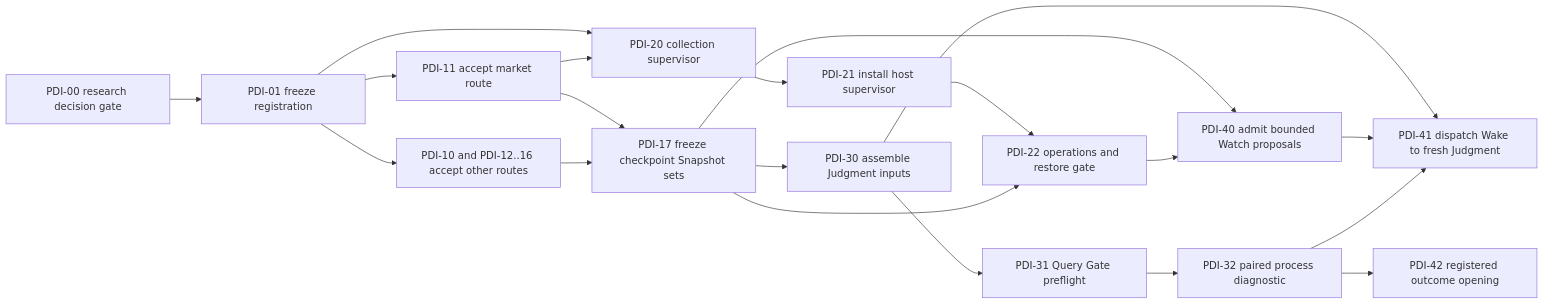
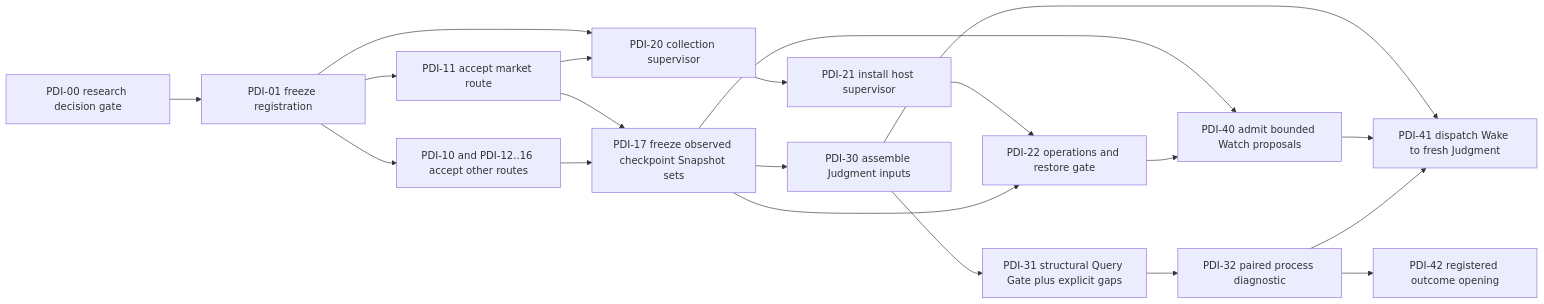
One commit to LemonCANDY42/market-impact-agent changed the third of 3 diagrams in docs/DATA_PLATFORM_PLAN.md. Above: the diagram before and after it, drawn with Mermaid. The commit also changed other lines of this file and 29 other files, not shown here.

Commit message:
feat: add partial prospective query gate

````diff
--- a/docs/DATA_PLATFORM_PLAN.md
+++ b/docs/DATA_PLATFORM_PLAN.md
@@ -423,22 +425,22 @@
 ```mermaid
 flowchart LR
     Z[PDI-00 research decision gate] --> R[PDI-01 freeze registration]
     R --> M[PDI-11 accept market route]
     R --> D[PDI-10 and PDI-12..16 accept other routes]
     R --> O[PDI-20 collection supervisor]
     M --> O
-    M --> F[PDI-17 freeze checkpoint Snapshot sets]
-    D --> F[PDI-17 freeze checkpoint Snapshot sets]
+    M --> F[PDI-17 freeze observed checkpoint Snapshot sets]
+    D --> F[PDI-17 freeze observed checkpoint Snapshot sets]
     O --> I[PDI-21 install host supervisor]
     I --> H[PDI-22 operations and restore gate]
     F --> H
     F --> J[PDI-30 assemble Judgment inputs]
-    J --> Q[PDI-31 Query Gate preflight]
+    J --> Q[PDI-31 structural Query Gate plus explicit gaps]
     Q --> E[PDI-32 paired process diagnostic]
     F --> W[PDI-40 admit bounded Watch proposals]
     H --> W
     J --> X[PDI-41 dispatch Wake to fresh Judgment]
     W --> X
     E --> X
     E --> Y[PDI-42 registered outcome opening]
 ```
````
